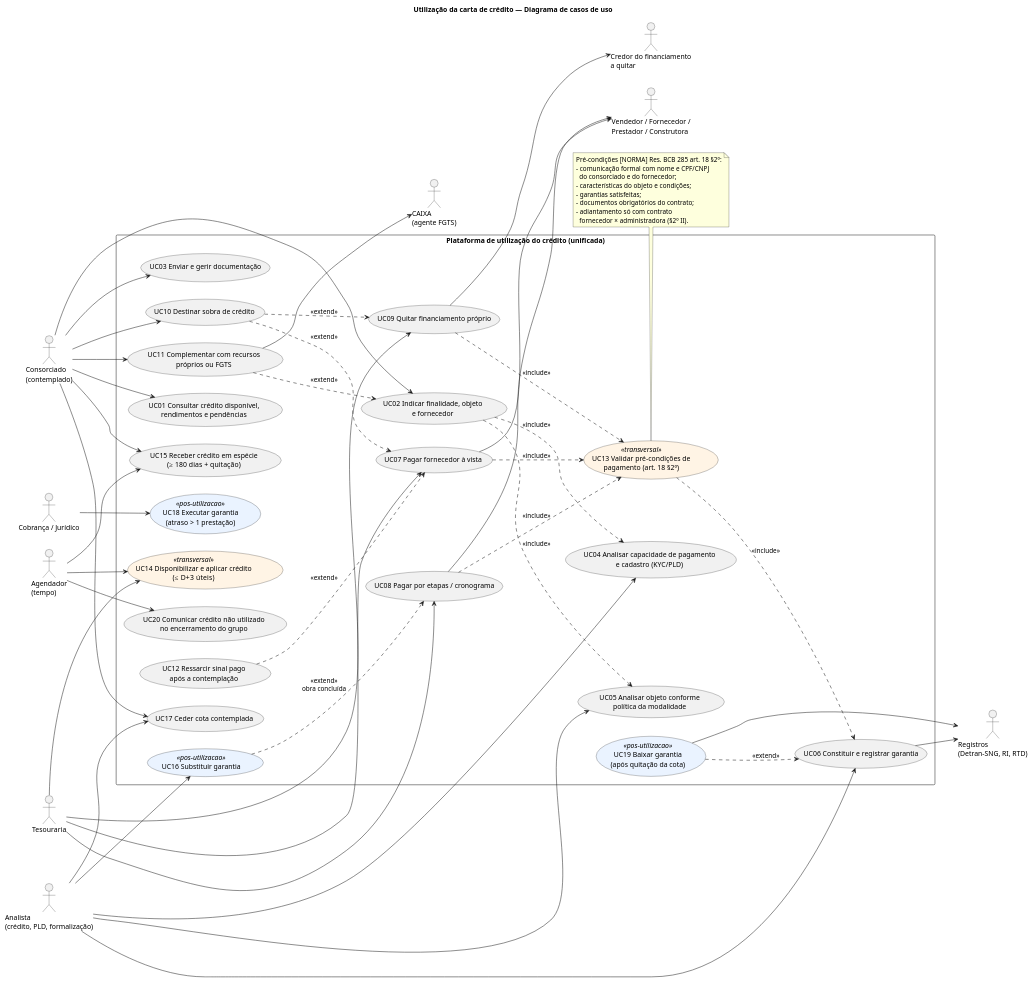
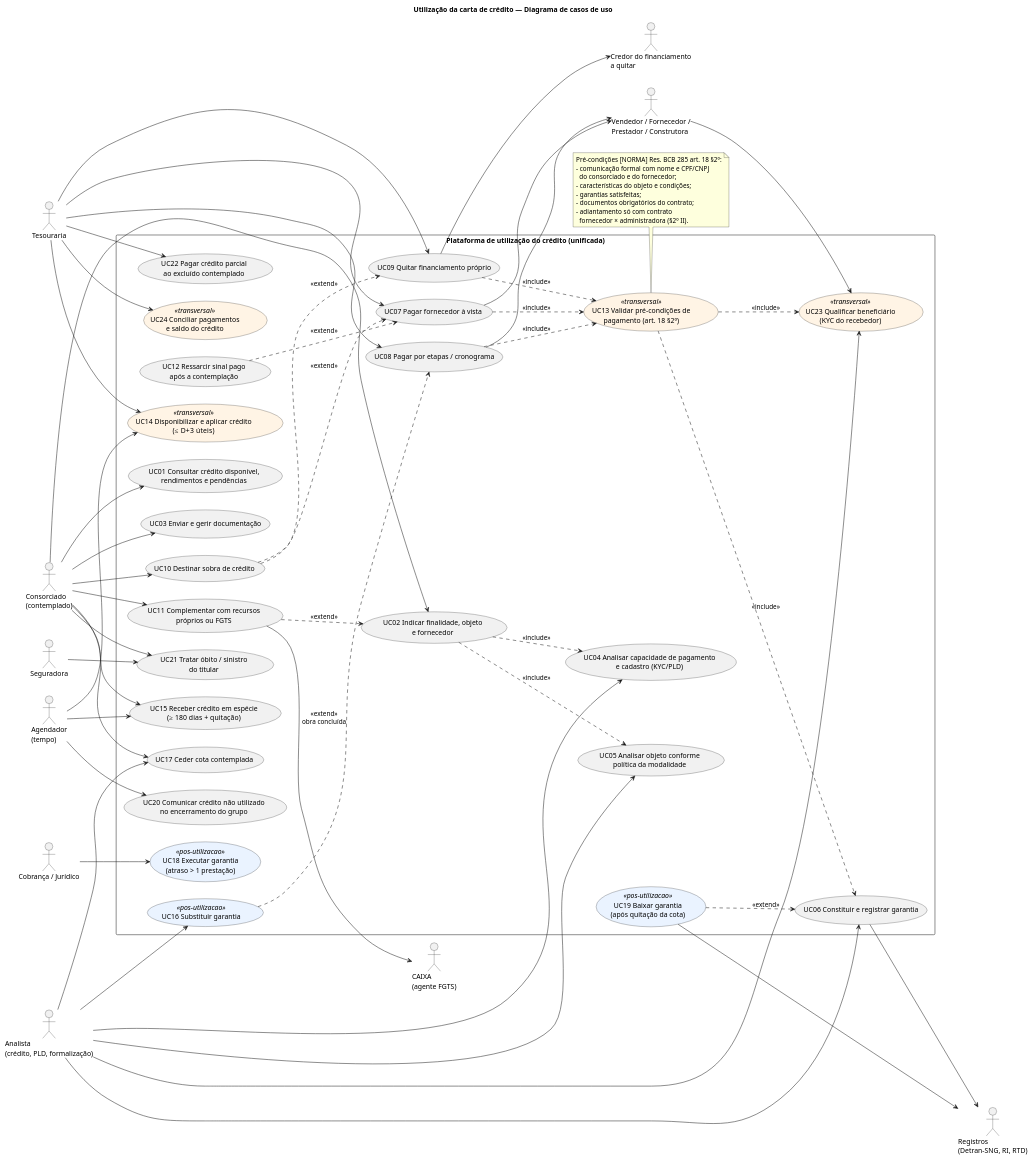
One commit to lucasqss/multi-module changed the diagram in docs/utilizacao-credito/diagramas/puml/01-casos-de-uso.puml. Above: the diagram before and after it, drawn with PlantUML. The commit also changed 26 other files, not shown here.

```diff
--- a/docs/utilizacao-credito/diagramas/puml/01-casos-de-uso.puml
+++ b/docs/utilizacao-credito/diagramas/puml/01-casos-de-uso.puml
@@ -1,98 +1,111 @@
 @startuml casos-de-uso
 title Utilização da carta de crédito — Diagrama de casos de uso
 left to right direction
 skinparam packageStyle rectangle
 skinparam usecase {
   BackgroundColor<<transversal>> #FFF4E5
   BackgroundColor<<pos-utilizacao>> #EAF3FF
 }
 
 actor "Consorciado\n(contemplado)" as C
 actor "Vendedor / Fornecedor /\nPrestador / Construtora" as F
 actor "Credor do financiamento\na quitar" as CR
 actor "Registros\n(Detran-SNG, RI, RTD)" as REG
 actor "CAIXA\n(agente FGTS)" as FGTS
 actor "Analista\n(crédito, PLD, formalização)" as AN
 actor "Tesouraria" as TES
 actor "Cobrança / Jurídico" as JUR
 actor "Agendador\n(tempo)" as T
 
 rectangle "Plataforma de utilização do crédito (unificada)" {
   usecase "UC01 Consultar crédito disponível,\nrendimentos e pendências" as UC01
   usecase "UC02 Indicar finalidade, objeto\ne fornecedor" as UC02
   usecase "UC03 Enviar e gerir documentação" as UC03
   usecase "UC04 Analisar capacidade de pagamento\ne cadastro (KYC/PLD)" as UC04
   usecase "UC05 Analisar objeto conforme\npolítica da modalidade" as UC05
   usecase "UC06 Constituir e registrar garantia" as UC06
   usecase "UC07 Pagar fornecedor à vista" as UC07
   usecase "UC08 Pagar por etapas / cronograma" as UC08
   usecase "UC09 Quitar financiamento próprio" as UC09
   usecase "UC10 Destinar sobra de crédito" as UC10
   usecase "UC11 Complementar com recursos\npróprios ou FGTS" as UC11
   usecase "UC12 Ressarcir sinal pago\napós a contemplação" as UC12
   usecase "UC13 Validar pré-condições de\npagamento (art. 18 §2º)" as UC13 <<transversal>>
   usecase "UC14 Disponibilizar e aplicar crédito\n(≤ D+3 úteis)" as UC14 <<transversal>>
   usecase "UC15 Receber crédito em espécie\n(≥ 180 dias + quitação)" as UC15
   usecase "UC16 Substituir garantia" as UC16 <<pos-utilizacao>>
   usecase "UC17 Ceder cota contemplada" as UC17
   usecase "UC18 Executar garantia\n(atraso > 1 prestação)" as UC18 <<pos-utilizacao>>
   usecase "UC19 Baixar garantia\n(após quitação da cota)" as UC19 <<pos-utilizacao>>
   usecase "UC20 Comunicar crédito não utilizado\nno encerramento do grupo" as UC20
+  usecase "UC21 Tratar óbito / sinistro\ndo titular" as UC21
+  usecase "UC22 Pagar crédito parcial\nao excluído contemplado" as UC22
+  usecase "UC23 Qualificar beneficiário\n(KYC do recebedor)" as UC23 <<transversal>>
+  usecase "UC24 Conciliar pagamentos\ne saldo do crédito" as UC24 <<transversal>>
 }
+
+actor "Seguradora" as SEG
 
 C --> UC01
 C --> UC02
 C --> UC03
 C --> UC10
 C --> UC11
 C --> UC15
 C --> UC17
 
 AN --> UC04
 AN --> UC05
 AN --> UC06
 AN --> UC16
 AN --> UC17
 
 TES --> UC07
 TES --> UC08
 TES --> UC09
 TES --> UC14
 
 JUR --> UC18
 
 T --> UC14
 T --> UC15
 T --> UC20
+C --> UC21
+SEG --> UC21
+TES --> UC22
+AN --> UC23
+F --> UC23
+TES --> UC24
+UC13 ..> UC23 : <<include>>
 
 UC07 --> F
 UC08 --> F
 UC09 --> CR
 UC06 --> REG
 UC19 --> REG
 UC11 --> FGTS
 
 UC07 ..> UC13 : <<include>>
 UC08 ..> UC13 : <<include>>
 UC09 ..> UC13 : <<include>>
 UC02 ..> UC05 : <<include>>
 UC02 ..> UC04 : <<include>>
 UC13 ..> UC06 : <<include>>
 UC11 ..> UC02 : <<extend>>
 UC12 ..> UC07 : <<extend>>
 UC10 ..> UC07 : <<extend>>
 UC10 ..> UC09 : <<extend>>
 UC16 ..> UC08 : <<extend>>\nobra concluída
 UC19 ..> UC06 : <<extend>>
 
 note bottom of UC13
   Pré-condições [NORMA] Res. BCB 285 art. 18 §2º:
   - comunicação formal com nome e CPF/CNPJ
     do consorciado e do fornecedor;
   - características do objeto e condições;
   - garantias satisfeitas;
   - documentos obrigatórios do contrato;
   - adiantamento só com contrato
     fornecedor × administradora (§2º II).
 end note
 @enduml
```
